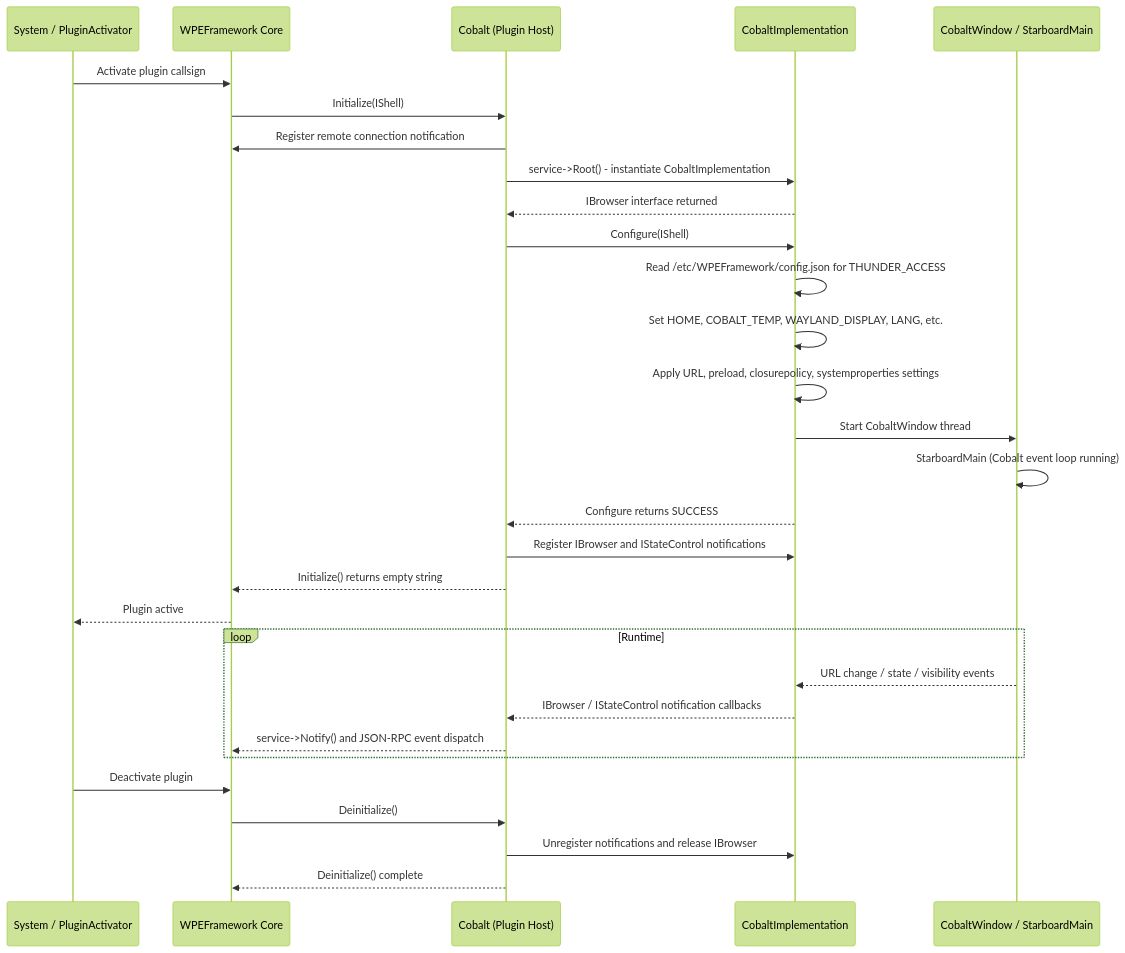
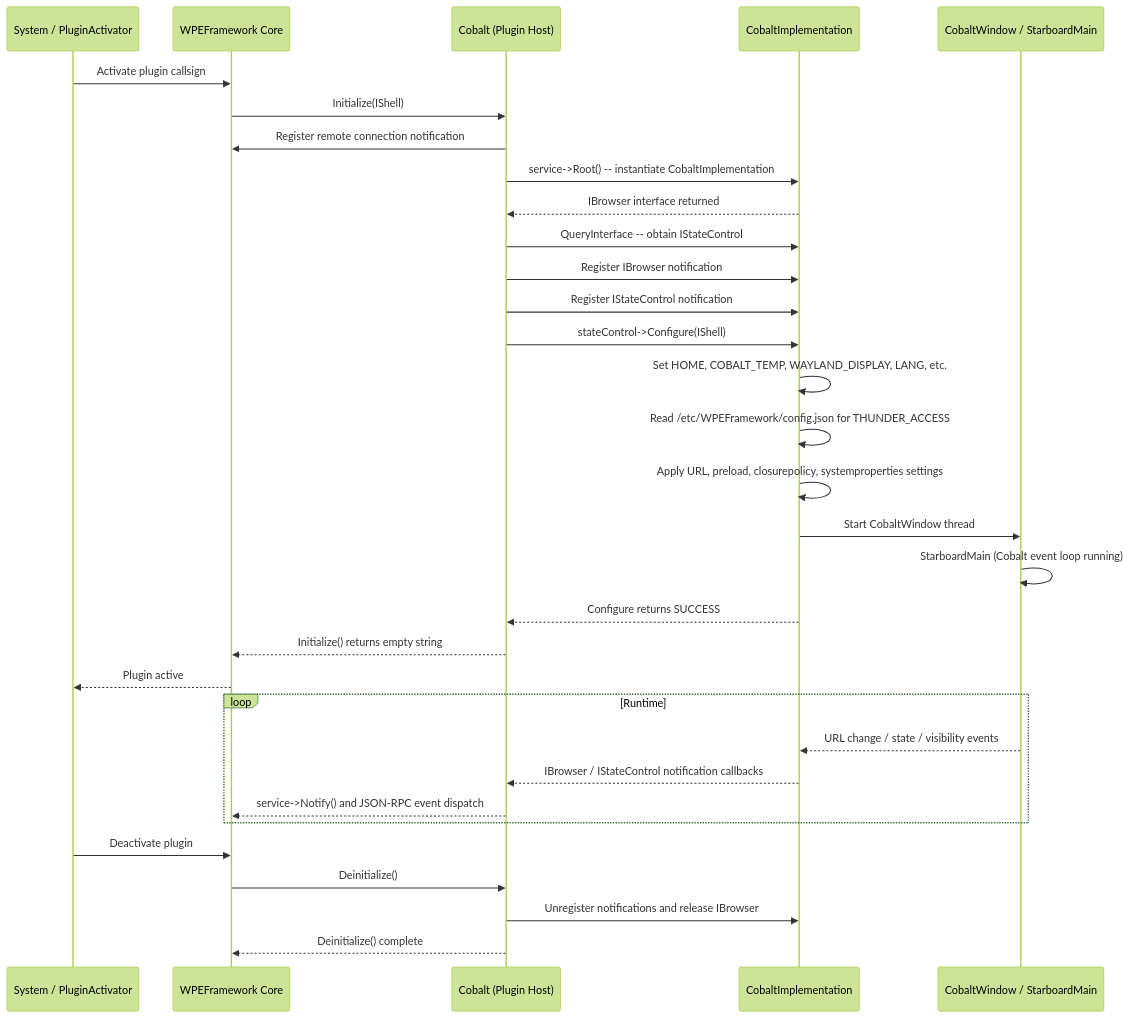
Before and after one commit to rns21/RDK_Documentation: the third of 7 diagrams in docs/docu/RDKV-Documentations/larboard.md, drawn with Mermaid (forest theme). The commit also changed other lines of this file, not shown here.

````diff
--- a/docs/docu/RDKV-Documentations/larboard.md
+++ b/docs/docu/RDKV-Documentations/larboard.md
@@ -144,35 +144,37 @@
 ```mermaid
 sequenceDiagram
     participant Sys as System / PluginActivator
     participant Thunder as WPEFramework Core
     participant Cobalt as Cobalt (Plugin Host)
     participant Impl as CobaltImplementation
     participant Engine as CobaltWindow / StarboardMain
 
     Sys->>Thunder: Activate plugin callsign
     Thunder->>Cobalt: Initialize(IShell)
     Cobalt->>Thunder: Register remote connection notification
-    Cobalt->>Impl: service->Root() - instantiate CobaltImplementation
+    Cobalt->>Impl: service->Root() -- instantiate CobaltImplementation
     Impl-->>Cobalt: IBrowser interface returned
-    Cobalt->>Impl: Configure(IShell)
+    Cobalt->>Impl: QueryInterface -- obtain IStateControl
+    Cobalt->>Impl: Register IBrowser notification
+    Cobalt->>Impl: Register IStateControl notification
+    Cobalt->>Impl: stateControl->Configure(IShell)
+    Impl->>Impl: Set HOME, COBALT_TEMP, WAYLAND_DISPLAY, LANG, etc.
     Impl->>Impl: Read /etc/WPEFramework/config.json for THUNDER_ACCESS
-    Impl->>Impl: Set HOME, COBALT_TEMP, WAYLAND_DISPLAY, LANG, etc.
     Impl->>Impl: Apply URL, preload, closurepolicy, systemproperties settings
     Impl->>Engine: Start CobaltWindow thread
     Engine->>Engine: StarboardMain (Cobalt event loop running)
     Impl-->>Cobalt: Configure returns SUCCESS
-    Cobalt->>Impl: Register IBrowser and IStateControl notifications
     Cobalt-->>Thunder: Initialize() returns empty string
     Thunder-->>Sys: Plugin active
 
     loop Runtime
         Engine-->>Impl: URL change / state / visibility events
         Impl-->>Cobalt: IBrowser / IStateControl notification callbacks
         Cobalt-->>Thunder: service->Notify() and JSON-RPC event dispatch
     end
 
     Sys->>Thunder: Deactivate plugin
     Thunder->>Cobalt: Deinitialize()
     Cobalt->>Impl: Unregister notifications and release IBrowser
     Cobalt-->>Thunder: Deinitialize() complete
 ```
````
